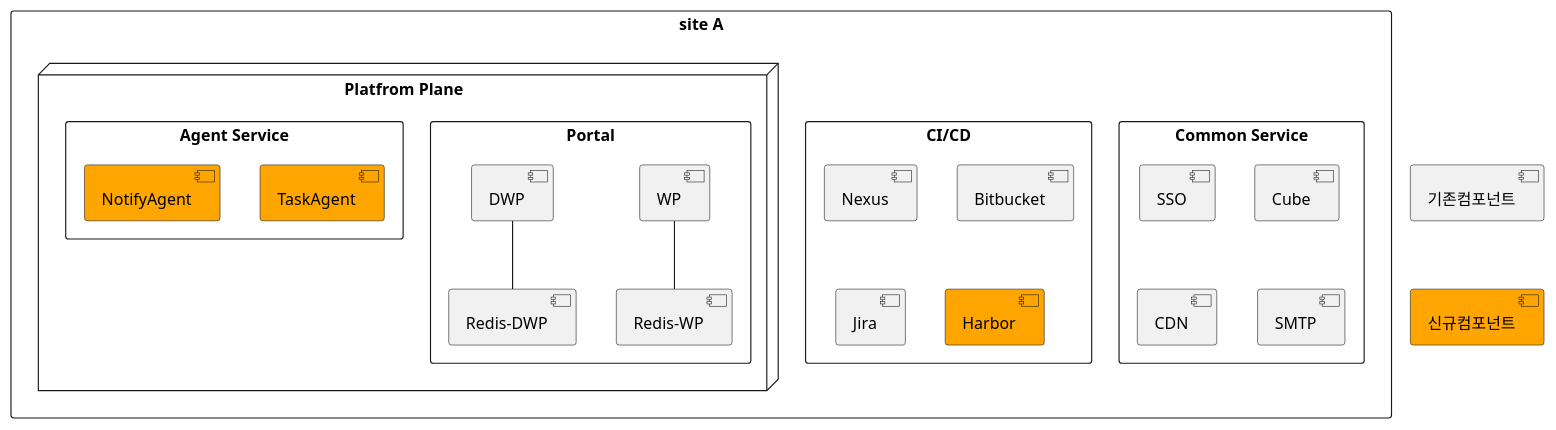
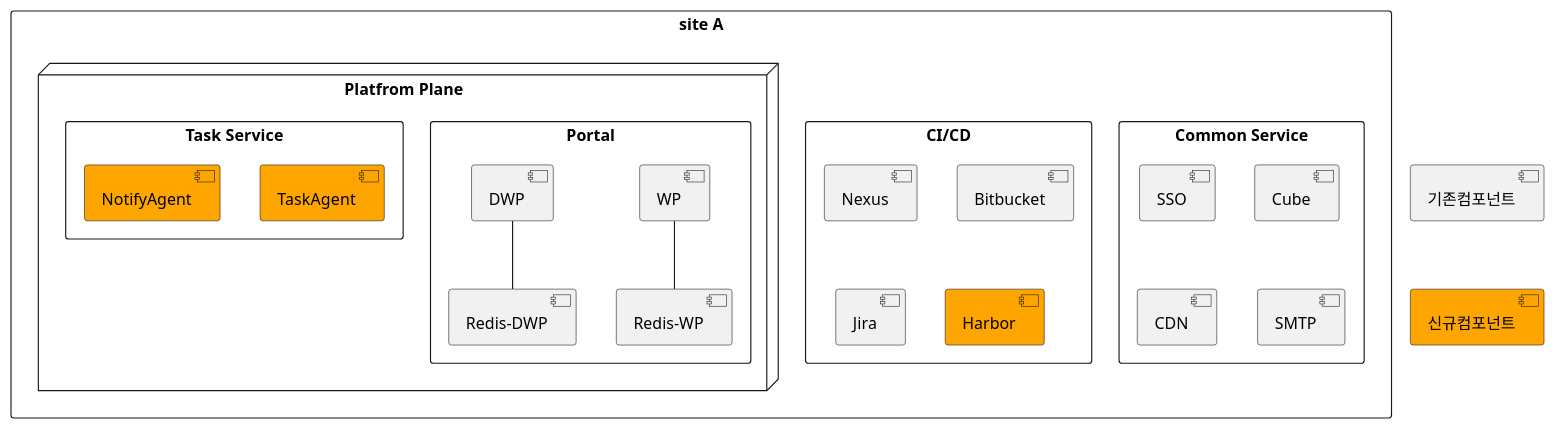
Before and after one commit to kloudbank/htdp1.github.io: the first of 12 diagrams in docs/src/multi-cloud/diagram.md, drawn with PlantUML. The commit also changed other lines of this file, not shown here.

Commit message:
modify diagram 1228

```diff
--- a/docs/src/multi-cloud/diagram.md
+++ b/docs/src/multi-cloud/diagram.md
@@ -17,36 +17,36 @@
 @startuml
 
 [기존컴포넌트] as old
 [신규컴포넌트] as new #orange
 old -[hidden]d-> new
 
 rectangle "site A" as a {
     rectangle "Common Service" as a_comm {
         [SSO] as a_comm_sso
         [Cube] as a_comm_cube
         [CDN] as a_comm_cnd
         [SMTP] as a_comm_smtp
     }
     rectangle "CI/CD" as hcp_cicd {
         [Nexus] as hcp_cicd_nexus
         [Bitbucket] as hcp_cicd_bitbucket
         [Jira] as hcp_cicd_jira
         [Harbor] as hcp_cicd_harbor #orange
     }
     node "Platfrom Plane" as hcp {
         rectangle "Portal" as hcp_portal {
             [WP] as hcp_portal_wp
             [DWP] as hcp_portal_dwp
             [Redis-WP] as hcp_portal_rediswp
             [Redis-DWP] as hcp_portal_redisdwp
             hcp_portal_wp -- hcp_portal_rediswp
             hcp_portal_dwp -- hcp_portal_redisdwp
         }
-        rectangle "Agent Service" as hcp_agent {
+        rectangle "Task Service" as hcp_agent {
             [TaskAgent] as hcp_agent_taskagent #orange
             [NotifyAgent] as hcp_agent_notifyagent #orange
         }
     }
 }
 
 @enduml
```
